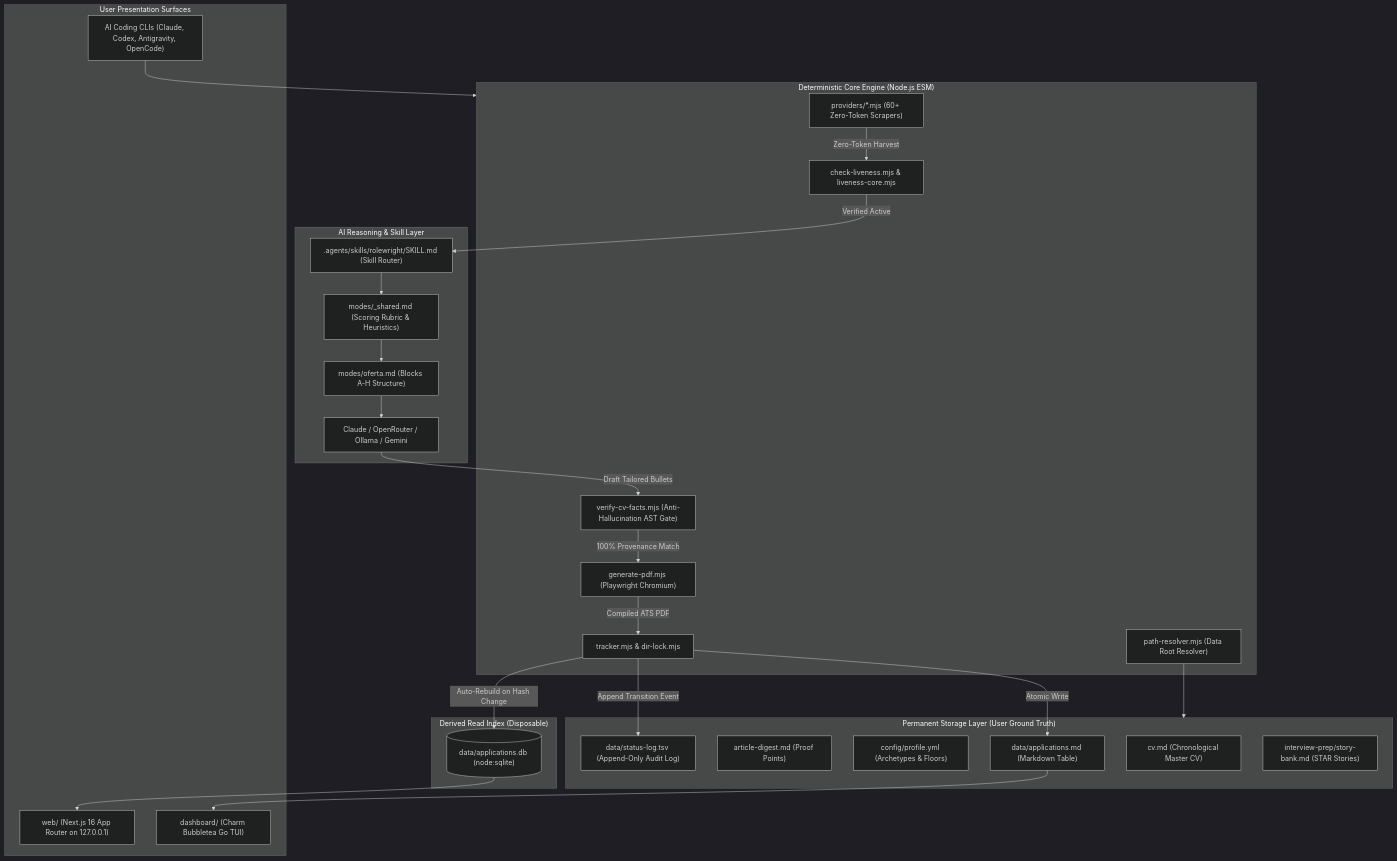
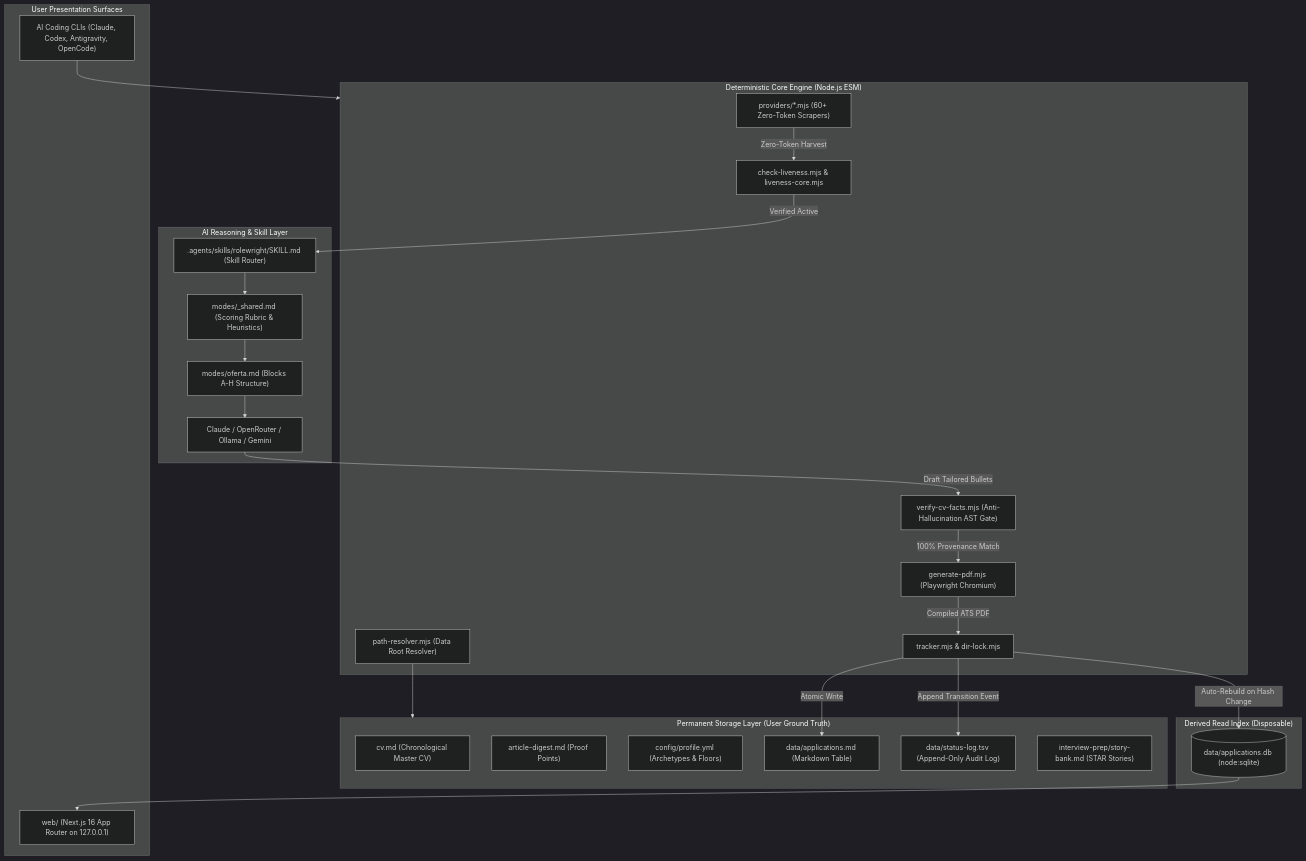
Before and after one commit to CJCreator/Jobs_Automated: the first of 4 diagrams in packages/engine/docs/architecture/SystemArchitecture.md, drawn with Mermaid (dark theme). The commit also changed other lines of this file and 55 other files, not shown here.

````diff
--- a/packages/engine/docs/architecture/SystemArchitecture.md
+++ b/packages/engine/docs/architecture/SystemArchitecture.md
@@ -24,51 +24,49 @@
 ```mermaid
 flowchart TD
     subgraph StorageLayer ["Permanent Storage Layer (User Ground Truth)"]
         CV["cv.md (Chronological Master CV)"]
         Digest["article-digest.md (Proof Points)"]
         Profile["config/profile.yml (Archetypes & Floors)"]
         Tracker["data/applications.md (Markdown Table)"]
         Ledger["data/status-log.tsv (Append-Only Audit Log)"]
         StoryBank["interview-prep/story-bank.md (STAR Stories)"]
     end
 
     subgraph CoreEngine ["Deterministic Core Engine (Node.js ESM)"]
         Scanners["providers/*.mjs (60+ Zero-Token Scrapers)"]
         LivenessGate["check-liveness.mjs & liveness-core.mjs"]
         FactGate["verify-cv-facts.mjs (Anti-Hallucination AST Gate)"]
         Renderer["generate-pdf.mjs (Playwright Chromium)"]
         TrackerManager["tracker.mjs & dir-lock.mjs"]
         PathResolver["path-resolver.mjs (Data Root Resolver)"]
     end
 
     subgraph AgentLayer ["AI Reasoning & Skill Layer"]
         Router[".agents/skills/rolewright/SKILL.md (Skill Router)"]
         SharedPrompt["modes/_shared.md (Scoring Rubric & Heuristics)"]
         OfertaPrompt["modes/oferta.md (Blocks A-H Structure)"]
         LLMConnectors["Claude / OpenRouter / Ollama / Gemini"]
     end
 
     subgraph DerivedLayer ["Derived Read Index (Disposable)"]
         SQLiteDB[("data/applications.db (node:sqlite)")]
     end
 
     subgraph Interfaces ["User Presentation Surfaces"]
         WebUI["web/ (Next.js 16 App Router on 127.0.0.1)"]
-        GoTUI["dashboard/ (Charm Bubbletea Go TUI)"]
         CLIs["AI Coding CLIs (Claude, Codex, Antigravity, OpenCode)"]
     end
 
     Scanners -->|Zero-Token Harvest| LivenessGate
     LivenessGate -->|Verified Active| Router
     Router --> SharedPrompt --> OfertaPrompt --> LLMConnectors
     LLMConnectors -->|Draft Tailored Bullets| FactGate
     FactGate -->|100% Provenance Match| Renderer
     Renderer -->|Compiled ATS PDF| TrackerManager
     TrackerManager -->|Atomic Write| Tracker
     TrackerManager -->|Append Transition Event| Ledger
     TrackerManager -->|Auto-Rebuild on Hash Change| SQLiteDB
     SQLiteDB --> WebUI
-    Tracker --> GoTUI
     CLIs --> CoreEngine
     PathResolver --> StorageLayer
 ```
````
